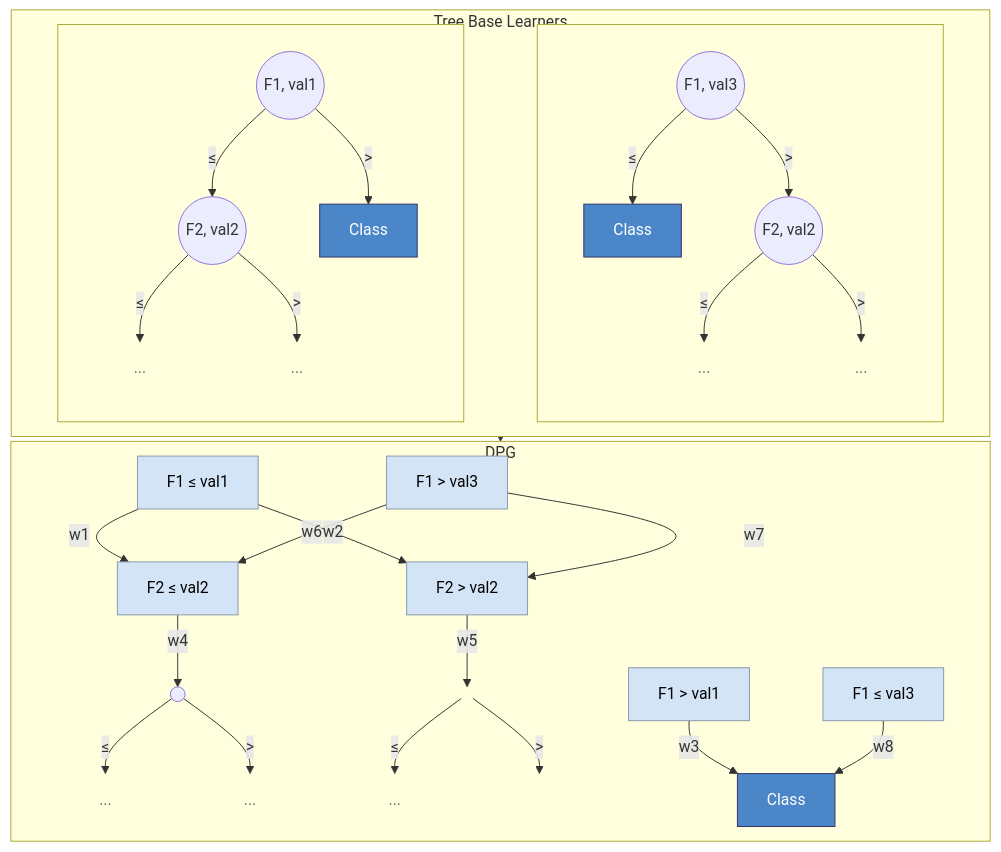
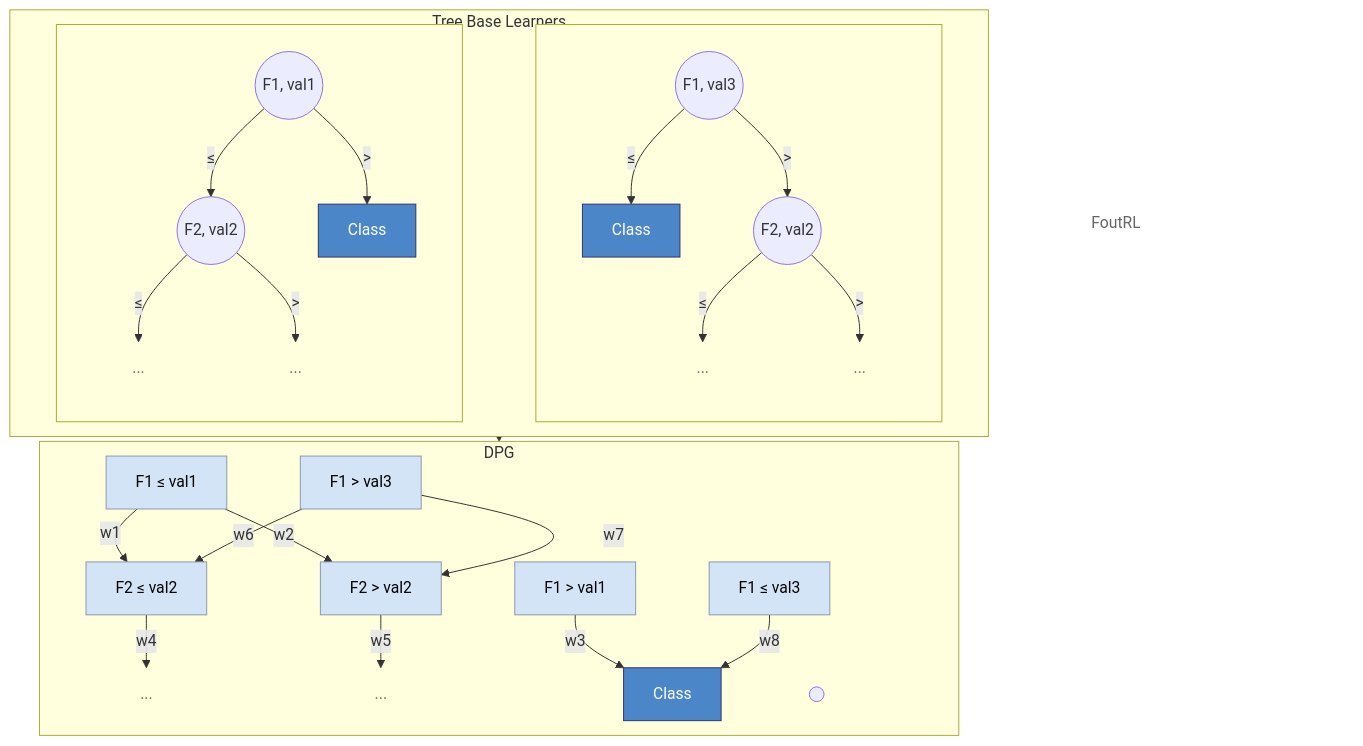
One commit to Meta-Group/DPG changed the diagram in README.md. Above: the diagram before and after it, drawn with Mermaid.

Commit message:
Fix diagram edge connections

```diff
--- a/README.md
+++ b/README.md
@@ -68,15 +68,9 @@
         G["Class"]
         EoutLL["..."]
         EoutLR["..."]
-        FoutRL["..."]
-        FoutRR["..."]
 
-        E -- "w4" --> Eout
-        FF -- "w5" --> Fout
-        Eout -- "≤" --> EoutLL
-        Eout -- ">" --> EoutLR
-        Fout -- "≤" --> FoutRL
-        Fout -- ">" --> FoutRR
+        E -- "w4" --> EoutLL
+        FF -- "w5" --> EoutLR
 
         A["F1 ≤ val1"]
         B["F1 > val3"]
```
